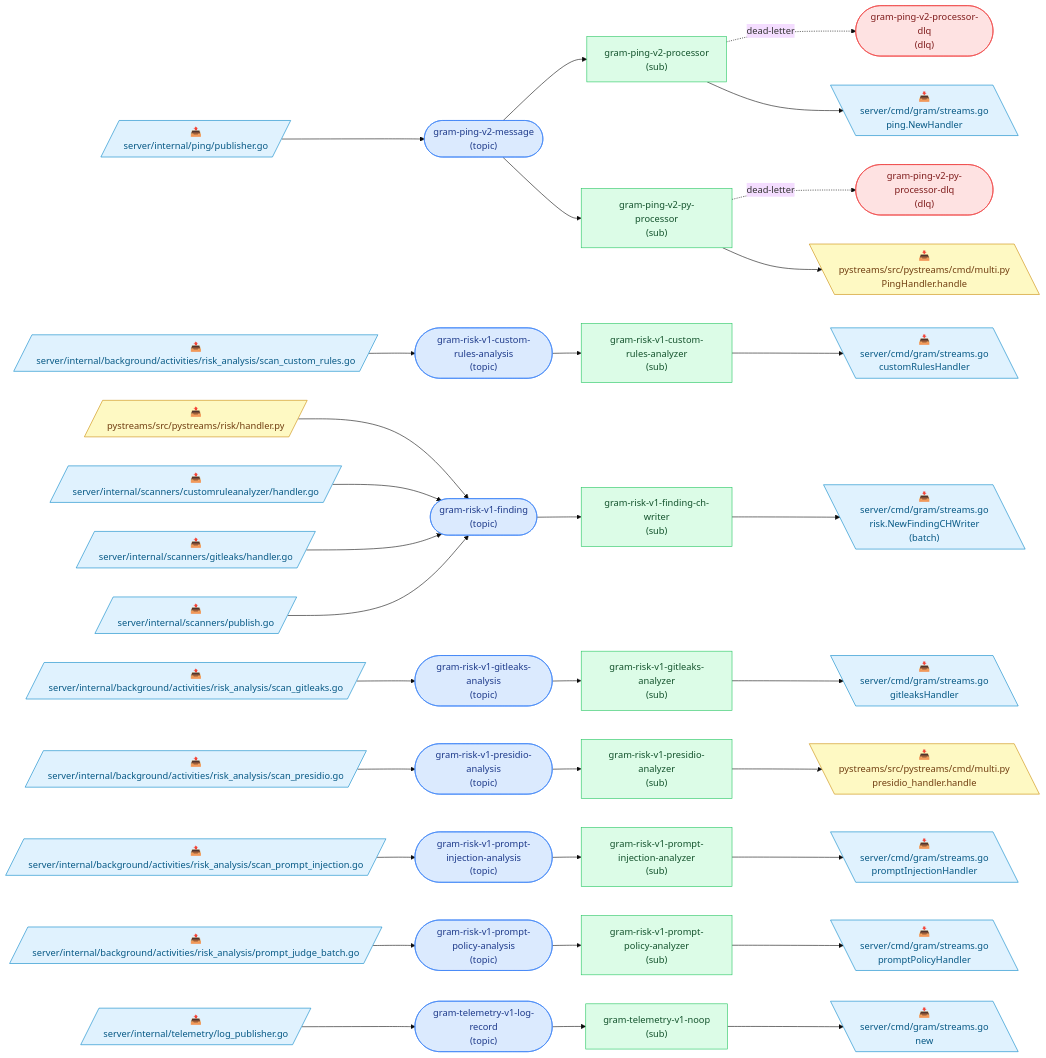
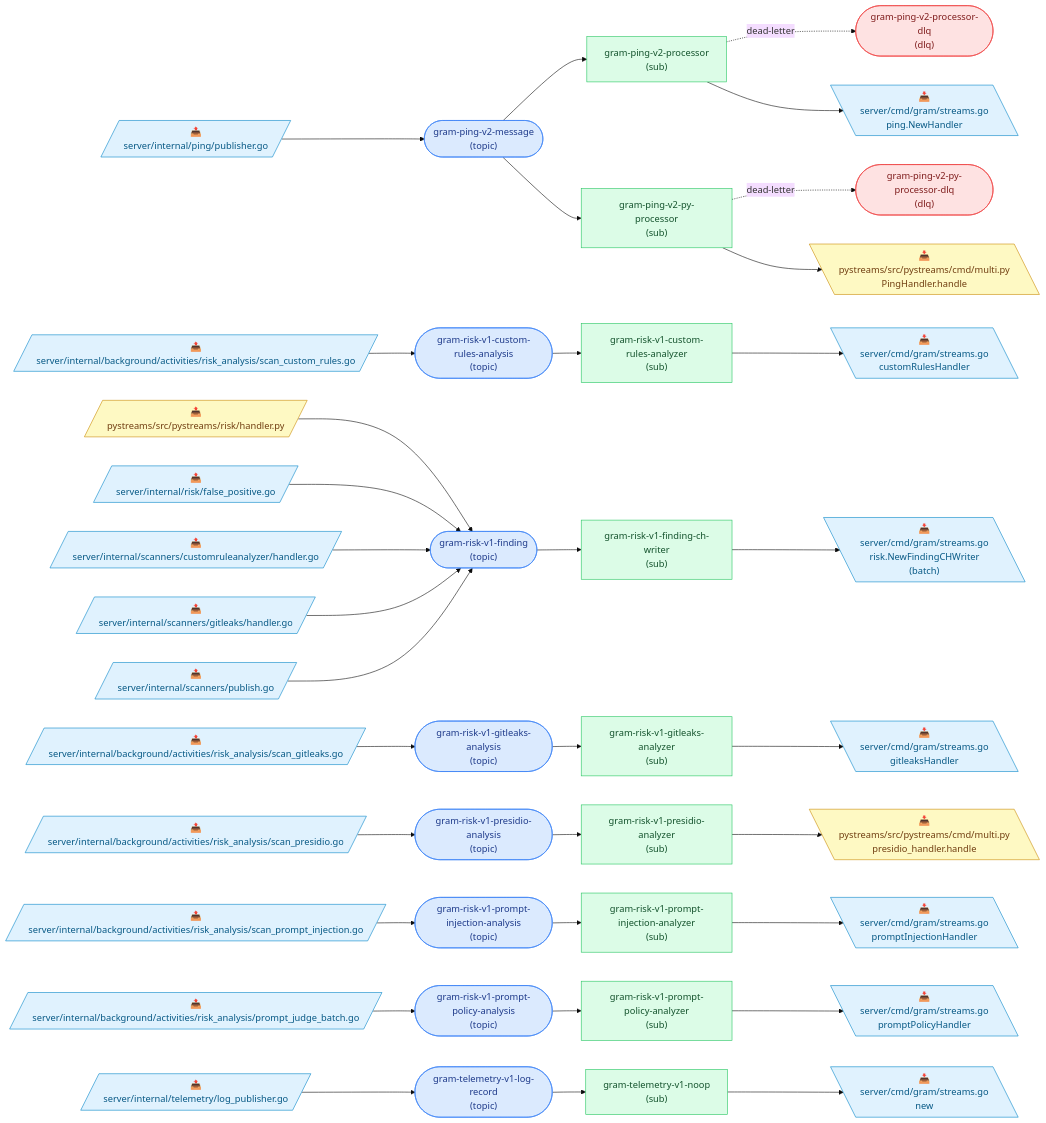
The diagram in docs/pubsub-topology.md (speakeasy-api/gram), drawn with Mermaid (base theme) before and after one commit. The commit also changed other lines of this file and 2 other files, not shown here.

Commit message:
fix: address CI failures surfaced after merging main into PR #4737
- docs/pubsub-topology.md: regenerate (mise run gen:infra) to pick up
  false_positive.go as a new publisher on gram-risk-v1-finding.
- useDismissFinding.ts: wrap Set.add/delete in forEach callbacks so they
  don't implicitly return a value where void is expected.
- false_positive.go: give the exhaustruct-checked uuid.NullUUID{} literal
  its fields explicitly.

````diff
--- a/docs/pubsub-topology.md
+++ b/docs/pubsub-topology.md
@@ -41,22 +41,24 @@
   p1 --> t_gram_risk_v1_custom_rules_analysis
   p2[/"📤<br/>pystreams/src/pystreams/risk/handler.py"/]:::python
   p2 --> t_gram_risk_v1_finding
-  p3[/"📤<br/>server/internal/scanners/customruleanalyzer/handler.go"/]:::go
+  p3[/"📤<br/>server/internal/risk/false_positive.go"/]:::go
   p3 --> t_gram_risk_v1_finding
-  p4[/"📤<br/>server/internal/scanners/gitleaks/handler.go"/]:::go
+  p4[/"📤<br/>server/internal/scanners/customruleanalyzer/handler.go"/]:::go
   p4 --> t_gram_risk_v1_finding
-  p5[/"📤<br/>server/internal/scanners/publish.go"/]:::go
+  p5[/"📤<br/>server/internal/scanners/gitleaks/handler.go"/]:::go
   p5 --> t_gram_risk_v1_finding
-  p6[/"📤<br/>server/internal/background/activities/risk_analysis/scan_gitleaks.go"/]:::go
-  p6 --> t_gram_risk_v1_gitleaks_analysis
-  p7[/"📤<br/>server/internal/background/activities/risk_analysis/scan_presidio.go"/]:::go
-  p7 --> t_gram_risk_v1_presidio_analysis
-  p8[/"📤<br/>server/internal/background/activities/risk_analysis/scan_prompt_injection.go"/]:::go
-  p8 --> t_gram_risk_v1_prompt_injection_analysis
-  p9[/"📤<br/>server/internal/background/activities/risk_analysis/prompt_judge_batch.go"/]:::go
-  p9 --> t_gram_risk_v1_prompt_policy_analysis
-  p10[/"📤<br/>server/internal/telemetry/log_publisher.go"/]:::go
-  p10 --> t_gram_telemetry_v1_log_record
+  p6[/"📤<br/>server/internal/scanners/publish.go"/]:::go
+  p6 --> t_gram_risk_v1_finding
+  p7[/"📤<br/>server/internal/background/activities/risk_analysis/scan_gitleaks.go"/]:::go
+  p7 --> t_gram_risk_v1_gitleaks_analysis
+  p8[/"📤<br/>server/internal/background/activities/risk_analysis/scan_presidio.go"/]:::go
+  p8 --> t_gram_risk_v1_presidio_analysis
+  p9[/"📤<br/>server/internal/background/activities/risk_analysis/scan_prompt_injection.go"/]:::go
+  p9 --> t_gram_risk_v1_prompt_injection_analysis
+  p10[/"📤<br/>server/internal/background/activities/risk_analysis/prompt_judge_batch.go"/]:::go
+  p10 --> t_gram_risk_v1_prompt_policy_analysis
+  p11[/"📤<br/>server/internal/telemetry/log_publisher.go"/]:::go
+  p11 --> t_gram_telemetry_v1_log_record
   t_gram_ping_v2_message --> s_gram_ping_v2_processor
   s_gram_ping_v2_processor -. dead-letter .-> t_gram_ping_v2_processor_dlq
   t_gram_ping_v2_message --> s_gram_ping_v2_py_processor
@@ -68,22 +70,22 @@
   t_gram_risk_v1_prompt_injection_analysis --> s_gram_risk_v1_prompt_injection_analyzer
   t_gram_risk_v1_prompt_policy_analysis --> s_gram_risk_v1_prompt_policy_analyzer
   t_gram_telemetry_v1_log_record --> s_gram_telemetry_v1_noop
-  c11[\"📥<br/>server/cmd/gram/streams.go<br/>ping.NewHandler"\]:::go
-  s_gram_ping_v2_processor --> c11
-  c12[\"📥<br/>pystreams/src/pystreams/cmd/multi.py<br/>PingHandler.handle"\]:::python
-  s_gram_ping_v2_py_processor --> c12
-  c13[\"📥<br/>server/cmd/gram/streams.go<br/>customRulesHandler"\]:::go
-  s_gram_risk_v1_custom_rules_analyzer --> c13
-  c14[\"📥<br/>server/cmd/gram/streams.go<br/>risk.NewFindingCHWriter<br/>(batch)"\]:::go
-  s_gram_risk_v1_finding_ch_writer --> c14
-  c15[\"📥<br/>server/cmd/gram/streams.go<br/>gitleaksHandler"\]:::go
-  s_gram_risk_v1_gitleaks_analyzer --> c15
-  c16[\"📥<br/>pystreams/src/pystreams/cmd/multi.py<br/>presidio_handler.handle"\]:::python
-  s_gram_risk_v1_presidio_analyzer --> c16
-  c17[\"📥<br/>server/cmd/gram/streams.go<br/>promptInjectionHandler"\]:::go
-  s_gram_risk_v1_prompt_injection_analyzer --> c17
-  c18[\"📥<br/>server/cmd/gram/streams.go<br/>promptPolicyHandler"\]:::go
-  s_gram_risk_v1_prompt_policy_analyzer --> c18
-  c19[\"📥<br/>server/cmd/gram/streams.go<br/>new"\]:::go
-  s_gram_telemetry_v1_noop --> c19
+  c12[\"📥<br/>server/cmd/gram/streams.go<br/>ping.NewHandler"\]:::go
+  s_gram_ping_v2_processor --> c12
+  c13[\"📥<br/>pystreams/src/pystreams/cmd/multi.py<br/>PingHandler.handle"\]:::python
+  s_gram_ping_v2_py_processor --> c13
+  c14[\"📥<br/>server/cmd/gram/streams.go<br/>customRulesHandler"\]:::go
+  s_gram_risk_v1_custom_rules_analyzer --> c14
+  c15[\"📥<br/>server/cmd/gram/streams.go<br/>risk.NewFindingCHWriter<br/>(batch)"\]:::go
+  s_gram_risk_v1_finding_ch_writer --> c15
+  c16[\"📥<br/>server/cmd/gram/streams.go<br/>gitleaksHandler"\]:::go
+  s_gram_risk_v1_gitleaks_analyzer --> c16
+  c17[\"📥<br/>pystreams/src/pystreams/cmd/multi.py<br/>presidio_handler.handle"\]:::python
+  s_gram_risk_v1_presidio_analyzer --> c17
+  c18[\"📥<br/>server/cmd/gram/streams.go<br/>promptInjectionHandler"\]:::go
+  s_gram_risk_v1_prompt_injection_analyzer --> c18
+  c19[\"📥<br/>server/cmd/gram/streams.go<br/>promptPolicyHandler"\]:::go
+  s_gram_risk_v1_prompt_policy_analyzer --> c19
+  c20[\"📥<br/>server/cmd/gram/streams.go<br/>new"\]:::go
+  s_gram_telemetry_v1_noop --> c20
 ```
````
